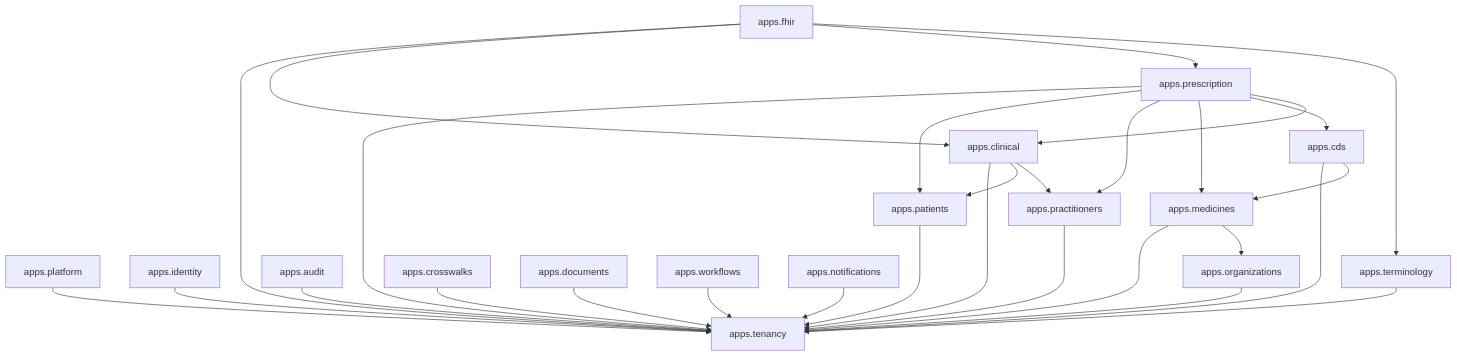
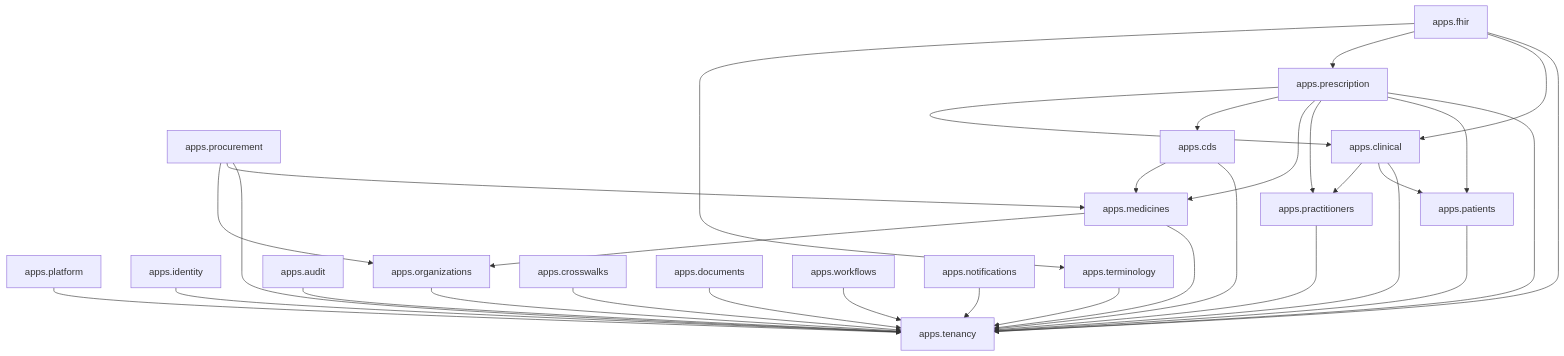
One commit to cksidney/TibaTrace changed the first of 2 diagrams in docs/architecture/REPOSITORY_DEPENDENCY_GRAPH.md. Above: the diagram before and after it, drawn with Mermaid. The commit also changed 35 other files, not shown here.

````diff
--- a/docs/architecture/REPOSITORY_DEPENDENCY_GRAPH.md
+++ b/docs/architecture/REPOSITORY_DEPENDENCY_GRAPH.md
@@ -13,40 +13,45 @@
 ```mermaid
 graph TD
     %% Core Infrastructure & Tenancy
     platform[apps.platform] --> tenancy[apps.tenancy]
     identity[apps.identity] --> tenancy
     organizations[apps.organizations] --> tenancy
     audit[apps.audit] --> tenancy
+
+    %% Procurement & Supplier Governance
+    procurement[apps.procurement] --> tenancy
+    procurement --> medicines
+    procurement --> organizations
 
     %% Clinical Core & Enterprise Medicine Master
     patients[apps.patients] --> tenancy
     practitioners[apps.practitioners] --> tenancy
     medicines[apps.medicines] --> tenancy
     medicines --> organizations
     clinical[apps.clinical] --> tenancy
     clinical --> patients
     clinical --> practitioners
 
     %% Prescription & CDS
     cds[apps.cds] --> tenancy
     cds --> medicines
     prescription[apps.prescription] --> tenancy
     prescription --> patients
     prescription --> practitioners
     prescription --> medicines
     prescription --> cds
     prescription --> clinical
 
     %% FHIR & Terminology
     terminology[apps.terminology] --> tenancy
     fhir[apps.fhir] --> tenancy
     fhir --> clinical
     fhir --> prescription
     fhir --> terminology
 
     %% Auxiliary & Integration
     crosswalks[apps.crosswalks] --> tenancy
     documents[apps.documents] --> tenancy
     workflows[apps.workflows] --> tenancy
     notifications[apps.notifications] --> tenancy
 ```
````
